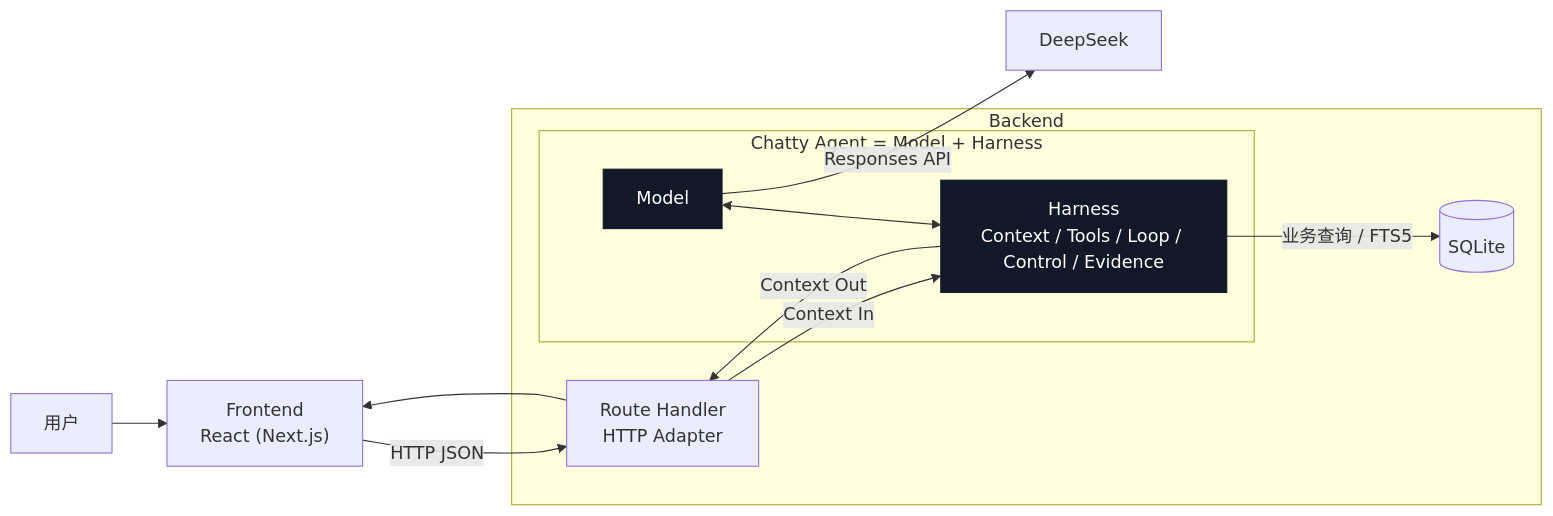
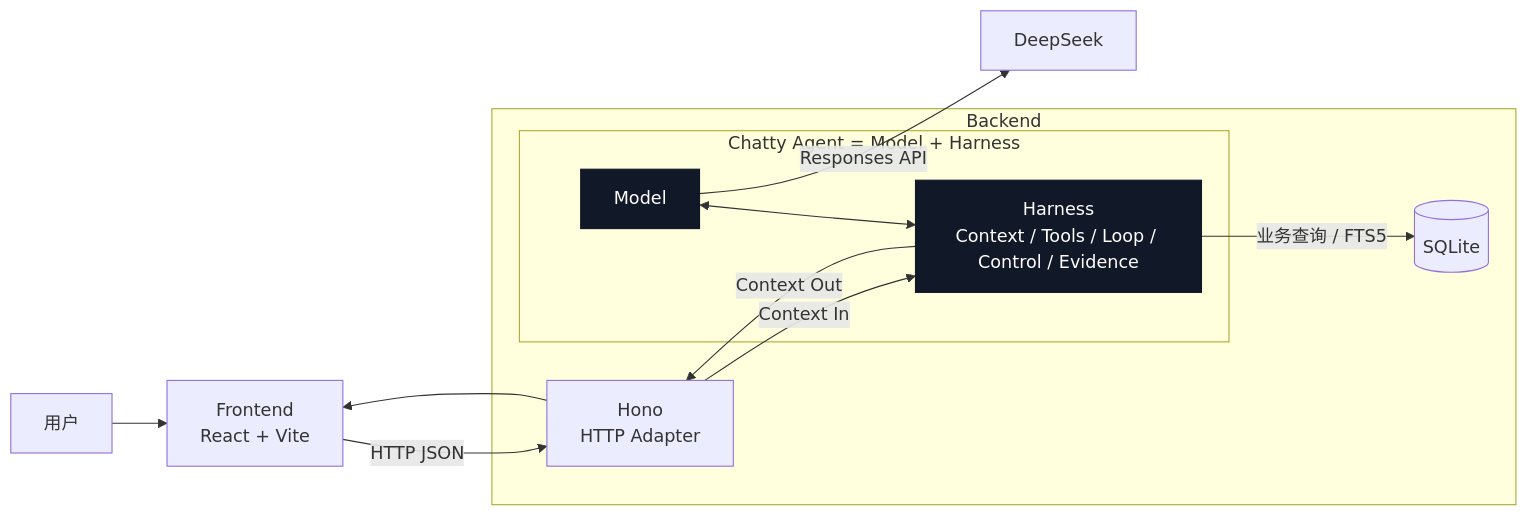
One commit to ImWenyaoT/chatty changed the first of 4 diagrams in README.md. Above: the diagram before and after it, drawn with Mermaid. The commit also changed other lines of this file and 47 other files, not shown here.

````diff
--- a/README.md
+++ b/README.md
@@ -60,18 +60,18 @@
 ```mermaid
 flowchart LR
-    User["用户"] --> Frontend["Frontend<br/>React (Next.js)"]
+    User["用户"] --> Frontend["Frontend<br/>React + Vite"]
     Frontend -->|"HTTP JSON"| API
     subgraph Backend["Backend"]
-        API["Route Handler<br/>HTTP Adapter"] -->|"Context In"| Harness
+        API["Hono<br/>HTTP Adapter"] -->|"Context In"| Harness
         subgraph Agent["Chatty Agent = Model + Harness"]
             Model["Model"] <--> Harness["Harness<br/>Context / Tools / Loop / Control / Evidence"]
         end
         Harness -->|"业务查询 / FTS5"| SQLite[("SQLite")]
         Harness -->|"Context Out"| API
     end
     Model -->|"Responses API"| DeepSeek["DeepSeek"]
     API --> Frontend
 
     classDef agent fill:#111827,color:#fff,stroke:#111827;
     class Model,Harness agent;
 ```
````
